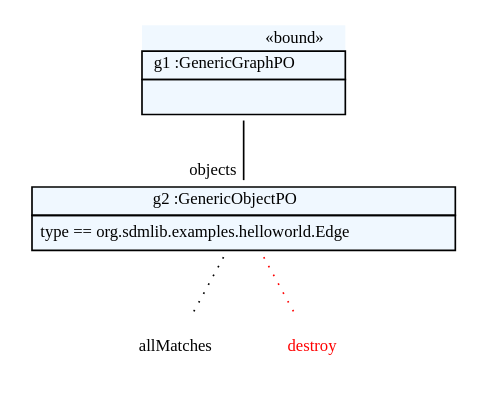
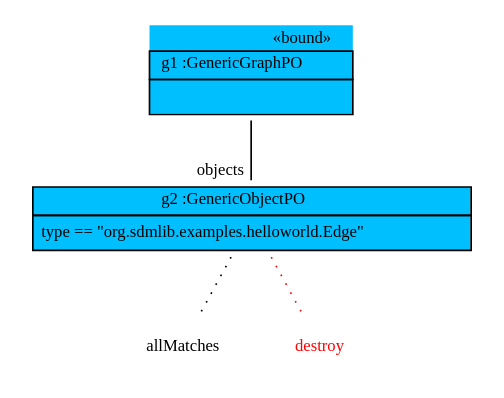
The diagram in doc/simpleMigrationToEvenMoreEvolvedGraphByGenericGraph_removeDanglingEdges.dot (fujaba/SDMLib), drawn with Graphviz before and after one commit. The commit also changed 311 other files, not shown here.

```diff
--- a/doc/simpleMigrationToEvenMoreEvolvedGraphByGenericGraph_removeDanglingEdges.dot
+++ b/doc/simpleMigrationToEvenMoreEvolvedGraphByGenericGraph_removeDanglingEdges.dot
@@ -1,13 +1,13 @@
 graph ObjectDiagram {
    node [shape = none, fontsize = 10];
    edge [fontsize = 10];
 
-g1 [label=<<table border='0' cellborder='1' cellspacing='0' color='black' bgcolor='aliceblue'> <tr> <td border='0' align='right'><font color='black'>&laquo;bound&raquo;</font></td></tr> <tr> <td align='center'> <font color='black'> g1 :GenericGraphPO </font></td></tr> <tr> <td align='left'> <table border='0' cellborder='0' cellspacing='0' color='black'> <tr> <td>  </td></tr></table></td></tr></table>>];
-g2 [label=<<table border='0' cellborder='1' cellspacing='0' color='black' bgcolor='aliceblue'>  <tr> <td align='center'> <font color='black'> g2 :GenericObjectPO </font></td></tr> <tr> <td align='left'> <table border='0' cellborder='0' cellspacing='0' color='black'> <tr><td><font color='black'> type == org.sdmlib.examples.helloworld.Edge </font></td></tr></table></td></tr></table>>];
+g1 [label=<<table border='0' cellborder='1' cellspacing='0' color='black' bgcolor='deepskyblue'> <tr> <td border='0' align='right'><font color='black'>&#171;bound&#187;</font></td></tr> <tr> <td align='center'> <font color='black'> g1 :GenericGraphPO </font></td></tr> <tr> <td align='left'> <table border='0' cellborder='0' cellspacing='0' color='black'> <tr> <td>  </td></tr></table></td></tr></table>>];
+g2 [label=<<table border='0' cellborder='1' cellspacing='0' color='black' bgcolor='deepskyblue'>  <tr> <td align='center'> <font color='black'> g2 :GenericObjectPO </font></td></tr> <tr> <td align='left'> <table border='0' cellborder='0' cellspacing='0' color='black'> <tr><td><font color='black'> type == "org.sdmlib.examples.helloworld.Edge" </font></td></tr></table></td></tr></table>>];
 allMatches_g2 [label=allMatches];
 d3 [label="destroy" fontcolor="red"]
 
 g2 -- allMatches_g2 [style="dotted"];
 g2 -- d3 [style="dotted" color="red" fontcolor="red"];
 g1 -- g2 [headlabel = "objects" taillabel = "" color="black" fontcolor="black"];
 }
```
